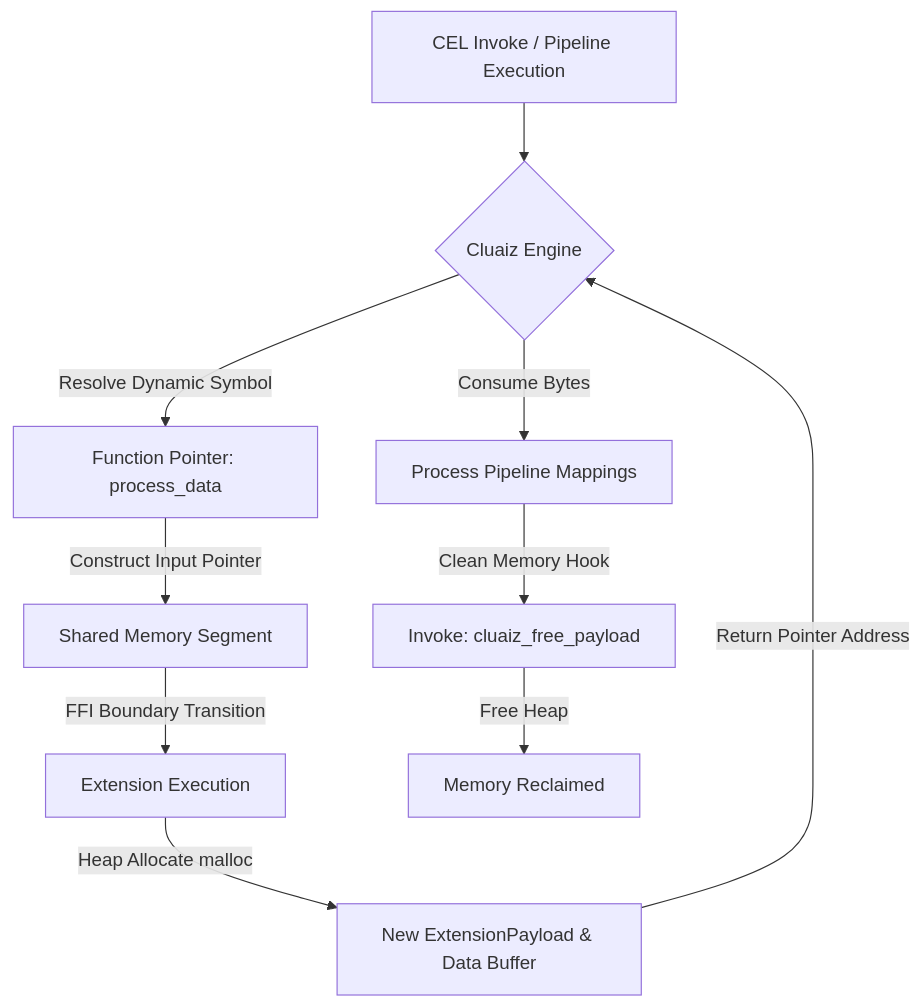
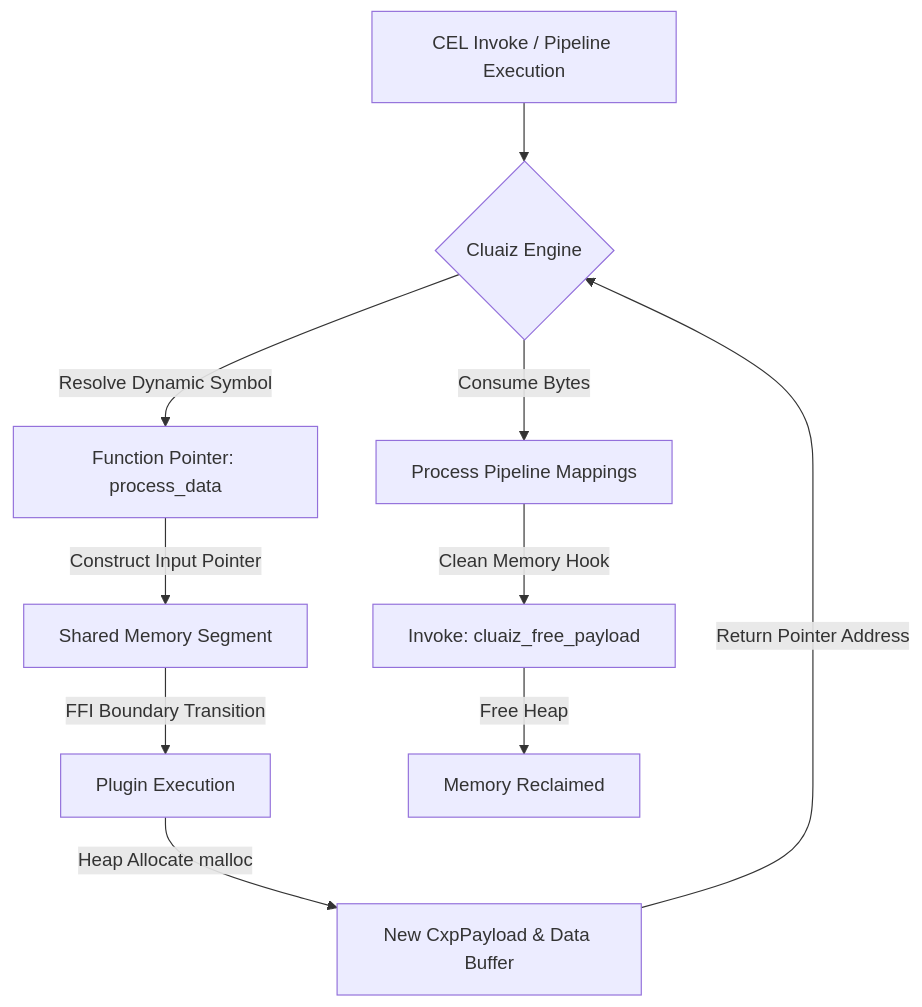
Before and after one commit to ayan-kushwaha/Cluaiz-: the diagram in docs/reference/c-pointer-fii.md, drawn with Mermaid. The commit also changed other lines of this file and 109 other files, not shown here.

````diff
--- a/docs/reference/c-pointer-fii.md
+++ b/docs/reference/c-pointer-fii.md
@@ -51,12 +51,12 @@
 ```mermaid
 flowchart TD
     A["CEL Invoke / Pipeline Execution"] --> B{"Cluaiz Engine"}
     B -->|Resolve Dynamic Symbol| C["Function Pointer: process_data"]
     C -->|Construct Input Pointer| D["Shared Memory Segment"]
-    D -->|FFI Boundary Transition| E["Extension Execution"]
-    E -->|Heap Allocate malloc| F["New ExtensionPayload & Data Buffer"]
+    D -->|FFI Boundary Transition| E["Plugin Execution"]
+    E -->|Heap Allocate malloc| F["New CxpPayload & Data Buffer"]
     F -->|Return Pointer Address| B
     B -->|Consume Bytes| G["Process Pipeline Mappings"]
     G -->|Clean Memory Hook| H["Invoke: cluaiz_free_payload"]
     H -->|Free Heap| I["Memory Reclaimed"]
 ```
````
